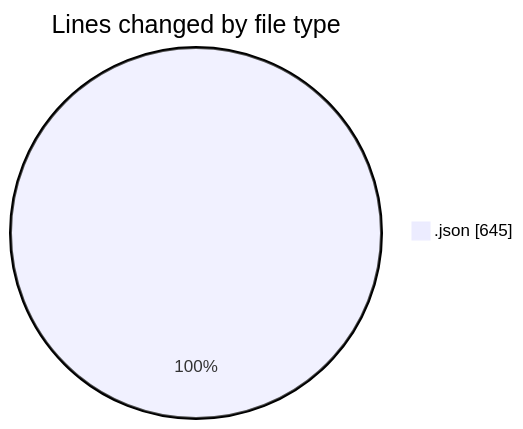
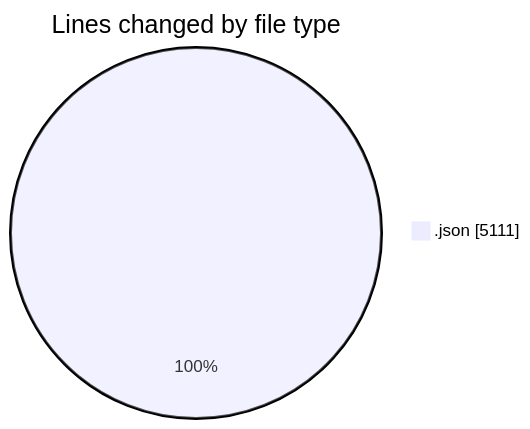
Before and after one commit to EIIisD/code-tracking: the first of 2 diagrams in 2025-08-18/_claude/README.md, drawn with Mermaid. The commit also changed other lines of this file and 1 other file, not shown here.

````diff
--- a/2025-08-18/_claude/README.md
+++ b/2025-08-18/_claude/README.md
@@ -20,5 +21,5 @@
 ```mermaid
 pie showData
 title Lines changed by file type
-".json" : 645
+".json" : 5111
 ```
````
